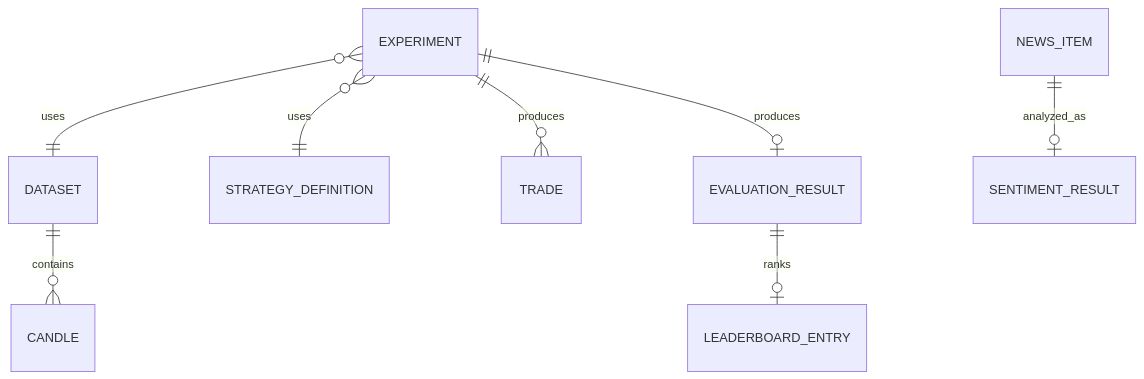
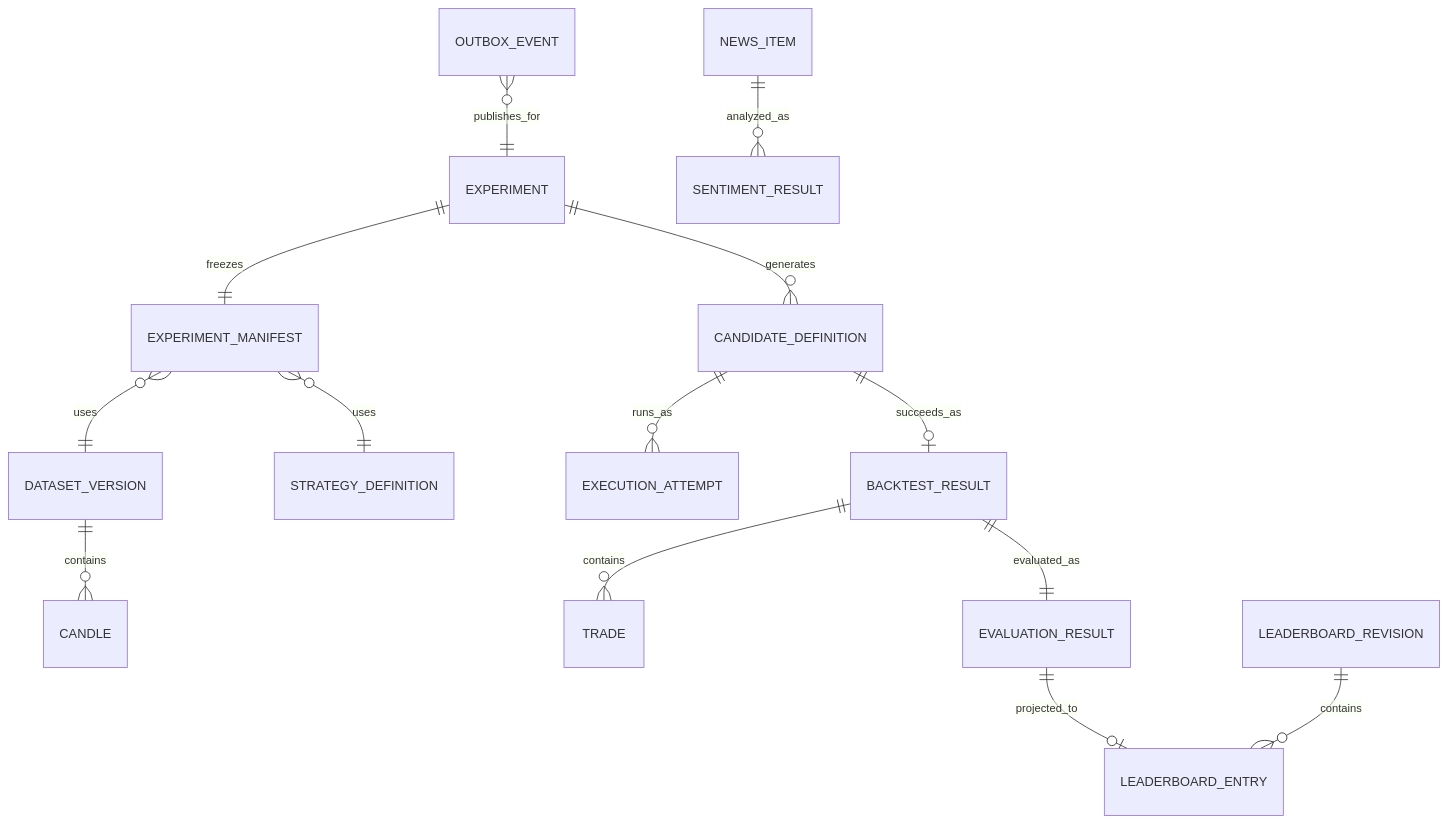
Before and after one commit to PhamVanMinhBinhThuan/crypto-strategy-platform: the first of 4 diagrams in docs/architecture/data-model-overview.md, drawn with Mermaid. The commit also changed other lines of this file and 14 other files, not shown here.

Commit message:
docs: complete architecture documentation and verification plan

````diff
--- a/docs/architecture/data-model-overview.md
+++ b/docs/architecture/data-model-overview.md
@@ -10,10 +13,16 @@
 ```mermaid
 erDiagram
-    DATASET ||--o{ CANDLE : contains
-    EXPERIMENT }o--|| DATASET : uses
-    EXPERIMENT }o--|| STRATEGY_DEFINITION : uses
-    EXPERIMENT ||--o{ TRADE : produces
-    EXPERIMENT ||--o| EVALUATION_RESULT : produces
-    EVALUATION_RESULT ||--o| LEADERBOARD_ENTRY : ranks
-    NEWS_ITEM ||--o| SENTIMENT_RESULT : analyzed_as
+    DATASET_VERSION ||--o{ CANDLE : contains
+    EXPERIMENT ||--|| EXPERIMENT_MANIFEST : freezes
+    EXPERIMENT_MANIFEST }o--|| DATASET_VERSION : uses
+    EXPERIMENT_MANIFEST }o--|| STRATEGY_DEFINITION : uses
+    EXPERIMENT ||--o{ CANDIDATE_DEFINITION : generates
+    CANDIDATE_DEFINITION ||--o{ EXECUTION_ATTEMPT : runs_as
+    CANDIDATE_DEFINITION ||--o| BACKTEST_RESULT : succeeds_as
+    BACKTEST_RESULT ||--o{ TRADE : contains
+    BACKTEST_RESULT ||--|| EVALUATION_RESULT : evaluated_as
+    EVALUATION_RESULT ||--o| LEADERBOARD_ENTRY : projected_to
+    LEADERBOARD_REVISION ||--o{ LEADERBOARD_ENTRY : contains
+    NEWS_ITEM ||--o{ SENTIMENT_RESULT : analyzed_as
+    OUTBOX_EVENT }o--|| EXPERIMENT : publishes_for
 ```
````
